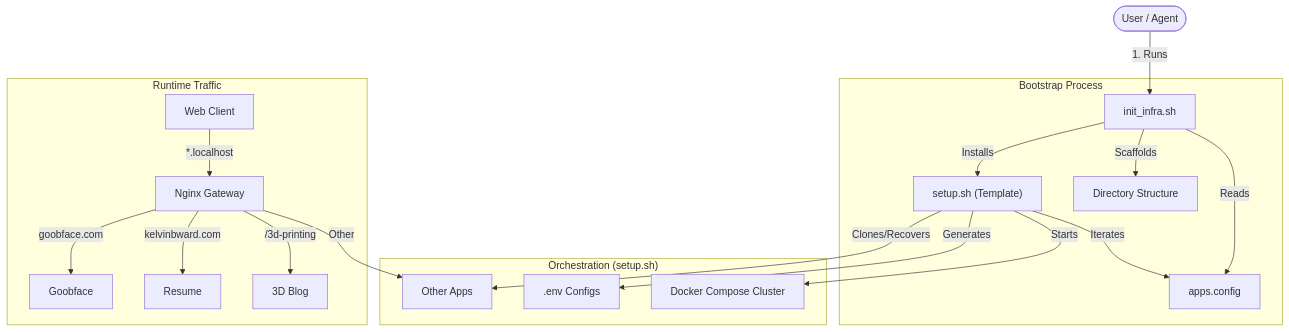
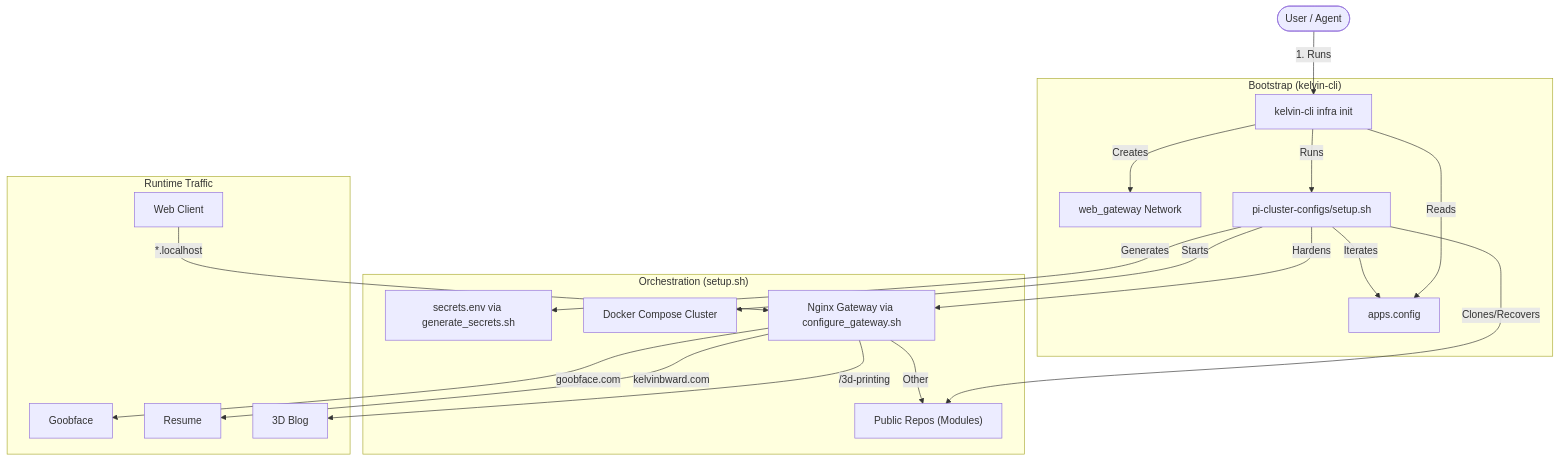
One commit to kelvinbward/kelvinbward changed the diagram in README.md. Above: the diagram before and after it, drawn with Mermaid. The commit also changed other lines of this file and 3 other files, not shown here.

````diff
--- a/README.md
+++ b/README.md
@@ -19,25 +19,26 @@
 ```mermaid
 graph TD
-    User(["User / Agent"]) -->|1. Runs| INIT[init_infra.sh]
-    
-    subgraph "Bootstrap Process"
-        INIT -->|Reads| REG[apps.config]
-        INIT -->|Installs| SETUP["setup.sh (Template)"]
-        INIT -->|Scaffolds| DIRS[Directory Structure]
+    User(["User / Agent"]) -->|1. Runs| CLI["kelvin-cli infra init"]
+
+    subgraph "Bootstrap (kelvin-cli)"
+        CLI -->|Creates| NET[web_gateway Network]
+        CLI -->|Reads| REG[apps.config]
+        CLI -->|Runs| SETUP["pi-cluster-configs/setup.sh"]
     end
-    
+
     subgraph "Orchestration (setup.sh)"
+        SETUP -->|Generates| SECRETS[secrets.env via generate_secrets.sh]
         SETUP -->|Iterates| REG
         SETUP -->|Clones/Recovers| APPS["Public Repos (Modules)"]
-        SETUP -->|Generates| ENV[".env Configs"]
         SETUP -->|Starts| DOCKER[Docker Compose Cluster]
+        SETUP -->|Hardens| NPM[Nginx Gateway via configure_gateway.sh]
     end
-    
+
     subgraph "Runtime Traffic"
-        WEB[Web Client] -->|*.localhost| NPM[Nginx Gateway]
+        WEB[Web Client] -->|*.localhost| NPM
         NPM -->|goobface.com| GOOB[Goobface]
         NPM -->|kelvinbward.com| RES[Resume]
         NPM -->|/3d-printing| BLOG[3D Blog]
-        NPM -->|Other| APPS[Other Apps]
+        NPM -->|Other| APPS
     end
 ```
````
